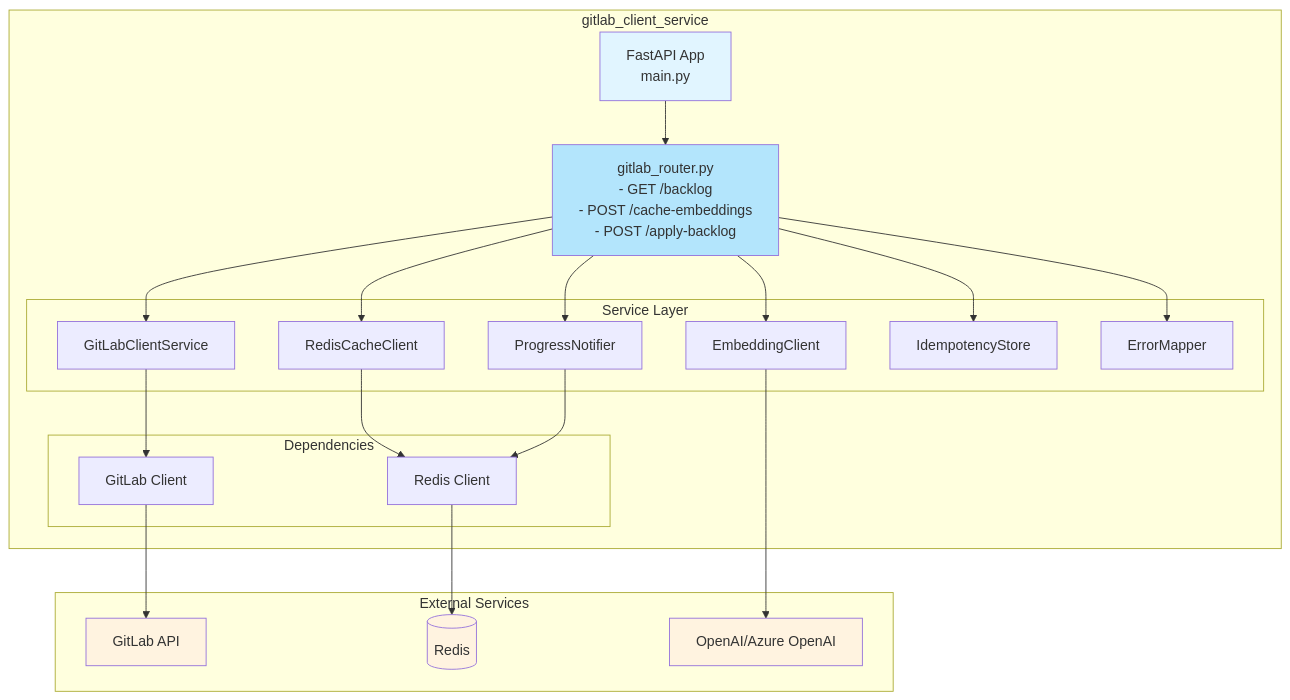
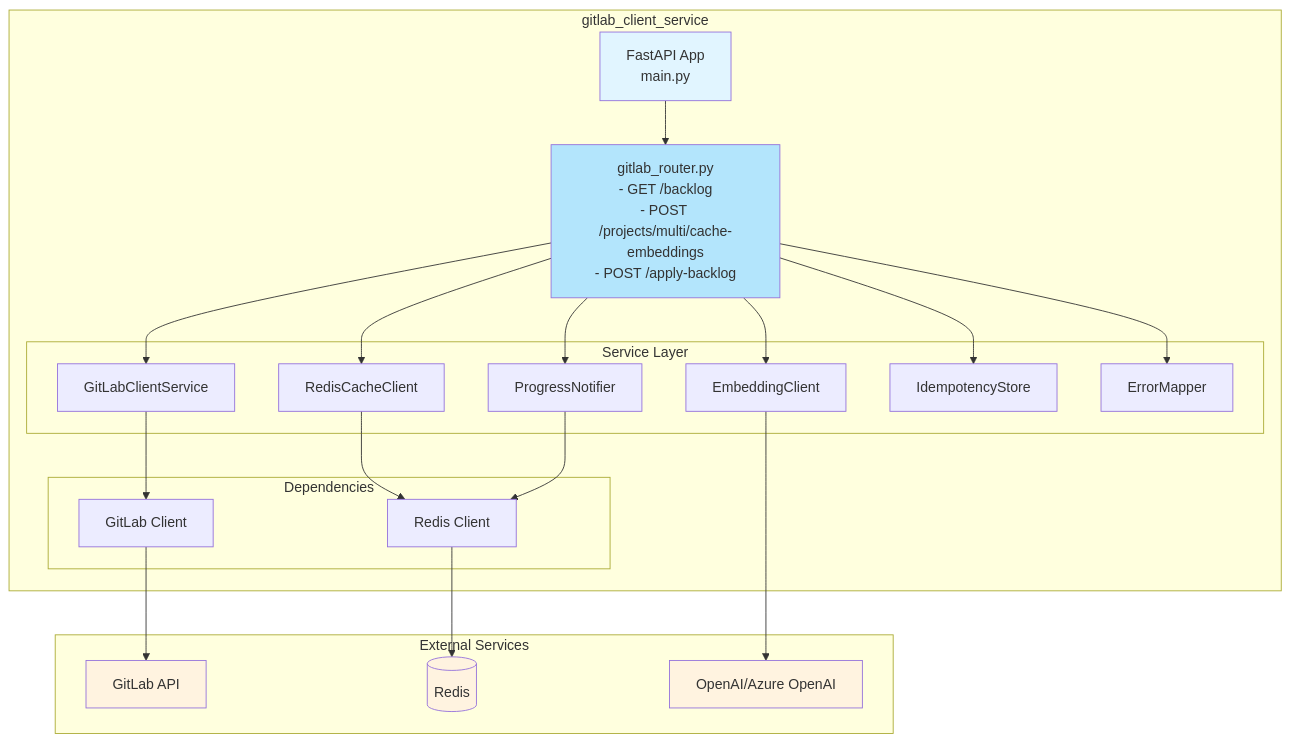
Before and after one commit to vladavilov/playground: the first of 6 diagrams in git-epic-creator/services/gitlab_client_service/README.md, drawn with Mermaid. The commit also changed other lines of this file and 48 other files, not shown here.

````diff
--- a/git-epic-creator/services/gitlab_client_service/README.md
+++ b/git-epic-creator/services/gitlab_client_service/README.md
@@ -31,49 +31,49 @@
 ```mermaid
 graph TB
     subgraph "gitlab_client_service"
         App[FastAPI App<br/>main.py]
-        Router[gitlab_router.py<br/>- GET /backlog<br/>- POST /cache-embeddings<br/>- POST /apply-backlog]
+        Router[gitlab_router.py<br/>- GET /backlog<br/>- POST /projects/multi/cache-embeddings<br/>- POST /apply-backlog]
         
         subgraph "Service Layer"
             GCS[GitLabClientService]
             EC[EmbeddingClient]
             RCC[RedisCacheClient]
             PN[ProgressNotifier]
             IS[IdempotencyStore]
             EM[ErrorMapper]
         end
         
         subgraph "Dependencies"
             GLC[GitLab Client]
             RC[Redis Client]
         end
     end
     
     subgraph "External Services"
         GitLab[GitLab API]
         Redis[(Redis)]
         OpenAI[OpenAI/Azure OpenAI]
     end
     
     App --> Router
     Router --> GCS
     Router --> EC
     Router --> RCC
     Router --> PN
     Router --> IS
     Router --> EM
     
     GCS --> GLC
     EC --> OpenAI
     RCC --> RC
     PN --> RC
     
     GLC --> GitLab
     RC --> Redis
     
     style App fill:#e1f5ff
     style Router fill:#b3e5fc
     style GitLab fill:#fff3e0
     style Redis fill:#fff3e0
     style OpenAI fill:#fff3e0
 ```
````
